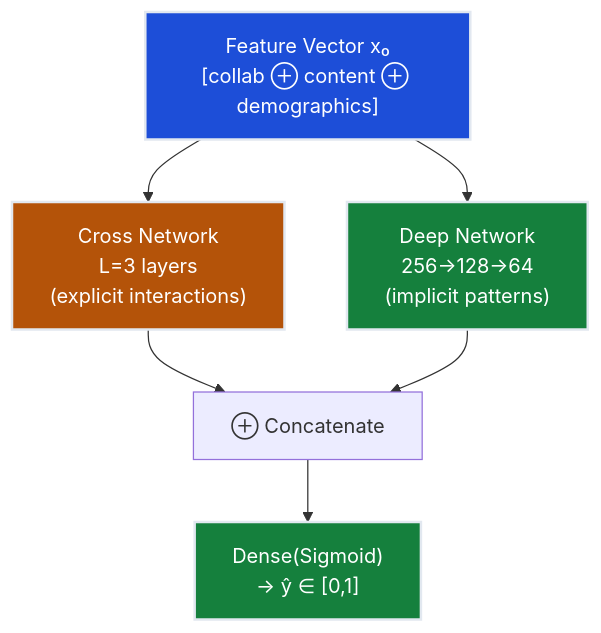
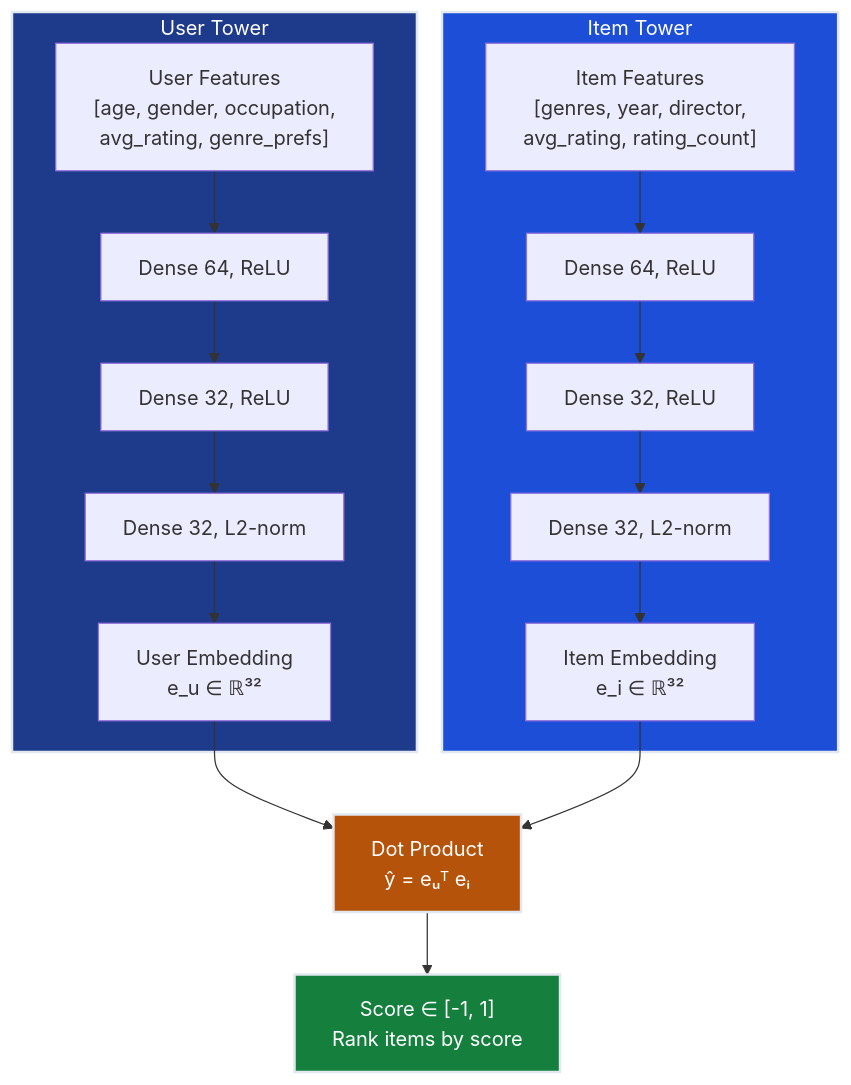
Before and after one commit to deepakshamsft/ai-portfolio: the second of 3 diagrams in notes/01-ml/04_recommender_systems/ch05_hybrid_systems/README.md, drawn with Mermaid. The commit also changed other lines of this file and 727 other files, not shown here.

````diff
--- a/notes/01-ml/04_recommender_systems/ch05_hybrid_systems/README.md
+++ b/notes/01-ml/04_recommender_systems/ch05_hybrid_systems/README.md
@@ -363,14 +484,25 @@
 ```mermaid
 flowchart TB
-    INPUT["Feature Vector x₀<br/>[collab ⊕ content ⊕ demographics]"] --> CROSS["Cross Network<br/>L=3 layers<br/>(explicit interactions)"]
-    INPUT --> DEEP["Deep Network<br/>256→128→64<br/>(implicit patterns)"]
-    
-    CROSS --> COMBINE["⊕ Concatenate"]
-    DEEP --> COMBINE
-    COMBINE --> OUT["Dense(Sigmoid)<br/>→ ŷ ∈ [0,1]"]
-    
-    style INPUT fill:#1d4ed8,stroke:#e2e8f0,stroke-width:2px,color:#ffffff
-    style CROSS fill:#b45309,stroke:#e2e8f0,stroke-width:2px,color:#ffffff
-    style DEEP fill:#15803d,stroke:#e2e8f0,stroke-width:2px,color:#ffffff
-    style OUT fill:#15803d,stroke:#e2e8f0,stroke-width:2px,color:#ffffff
+    subgraph USER_TOWER["User Tower"]
+        UF["User Features\n[age, gender, occupation,\navg_rating, genre_prefs]"] --> UL1["Dense 64, ReLU"]
+        UL1 --> UL2["Dense 32, ReLU"]
+        UL2 --> UL3["Dense 32, L2-norm"]
+        UL3 --> EU["User Embedding\ne_u ∈ ℝ³²"]
+    end
+
+    subgraph ITEM_TOWER["Item Tower"]
+        IF["Item Features\n[genres, year, director,\navg_rating, rating_count]"] --> IL1["Dense 64, ReLU"]
+        IL1 --> IL2["Dense 32, ReLU"]
+        IL2 --> IL3["Dense 32, L2-norm"]
+        IL3 --> EI["Item Embedding\ne_i ∈ ℝ³²"]
+    end
+
+    EU --> DOT["Dot Product\nŷ = eᵤᵀ eᵢ"]
+    EI --> DOT
+    DOT --> SCORE["Score ∈ [-1, 1]\nRank items by score"]
+
+    style USER_TOWER fill:#1e3a8a,stroke:#e2e8f0,stroke-width:2px,color:#ffffff
+    style ITEM_TOWER fill:#1d4ed8,stroke:#e2e8f0,stroke-width:2px,color:#ffffff
+    style DOT fill:#b45309,stroke:#e2e8f0,stroke-width:2px,color:#ffffff
+    style SCORE fill:#15803d,stroke:#e2e8f0,stroke-width:2px,color:#ffffff
 ```
````
